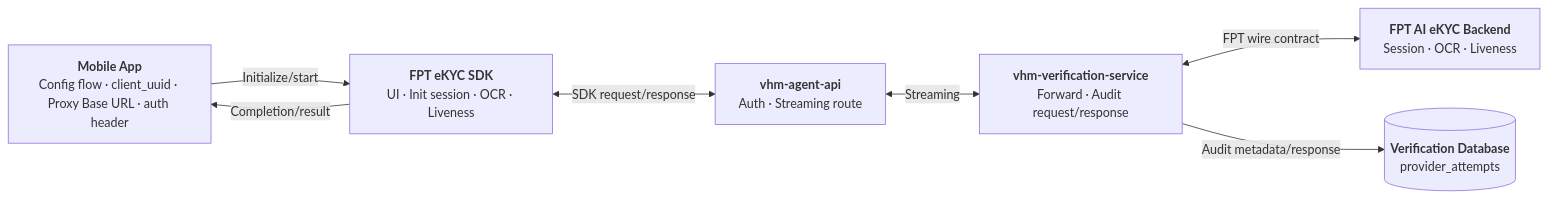
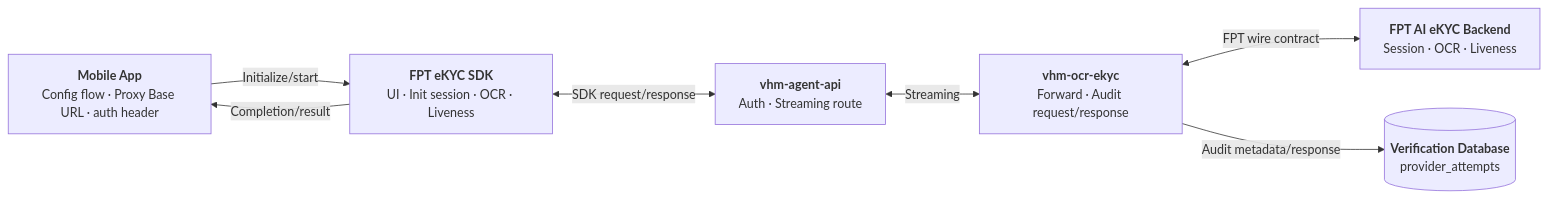
One commit to huynv-xyz/vhm changed the fifth of 7 diagrams in noxh-ekyc.md. Above: the diagram before and after it, drawn with Mermaid. The commit also changed other lines of this file, not shown here.

````diff
--- a/noxh-ekyc.md
+++ b/noxh-ekyc.md
@@ -391,22 +389,22 @@
 ```mermaid
 flowchart LR
     APP["`**Mobile App**
-Config flow · client_uuid · Proxy Base URL · auth header`"]
+Config flow · Proxy Base URL · auth header`"]
     SDK["`**FPT eKYC SDK**
 UI · Init session · OCR · Liveness`"]
     BFF["`**vhm-agent-api**
 Auth · Streaming route`"]
-    SERVICE["`**vhm-verification-service**
+    SERVICE["`**vhm-ocr-ekyc**
 Forward · Audit request/response`"]
     DB[("`**Verification Database**
 provider_attempts`")]
     FPT["`**FPT AI eKYC Backend**
 Session · OCR · Liveness`"]
 
     APP -->|"Initialize/start"| SDK
     SDK -->|"Completion/result"| APP
     SDK <-->|"SDK request/response"| BFF
     BFF <-->|"Streaming"| SERVICE
     SERVICE <-->|"FPT wire contract"| FPT
     SERVICE -->|"Audit metadata/response"| DB
 ```
````
